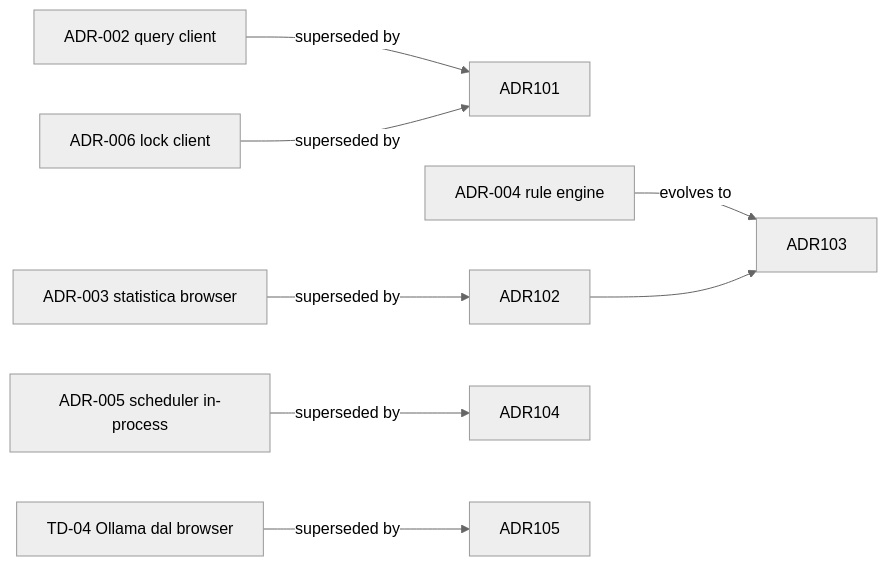
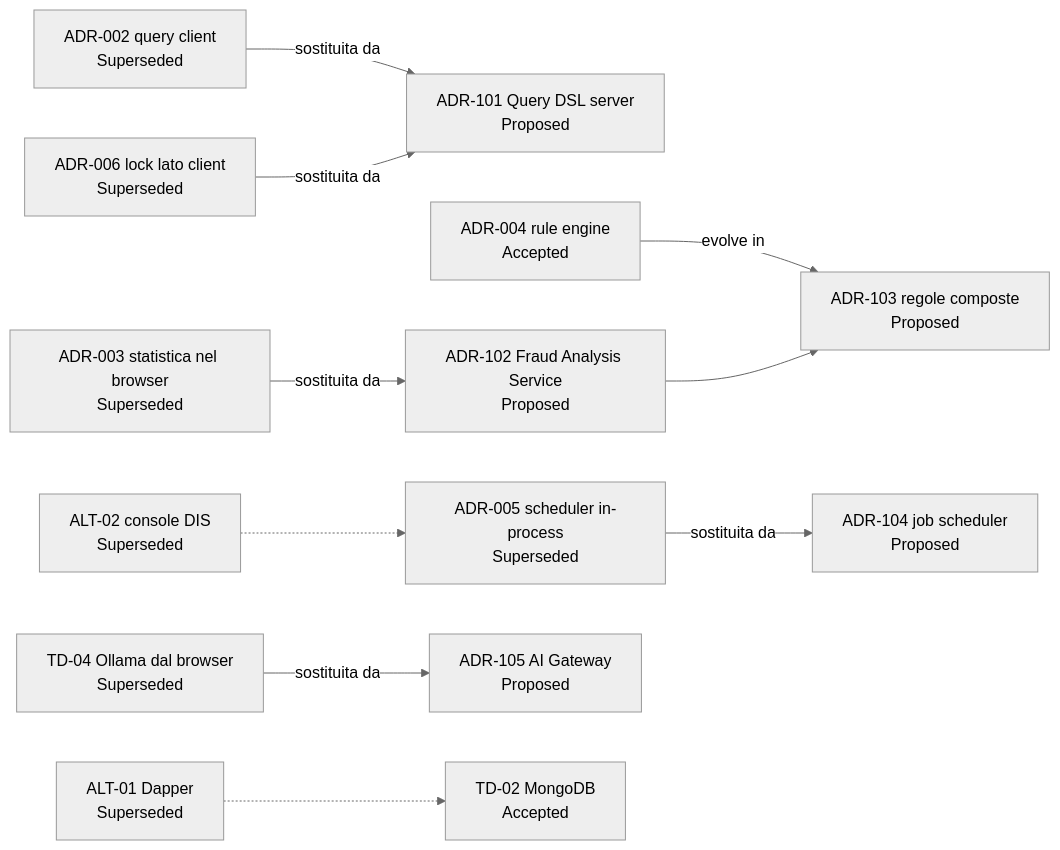
The diagram in customspa-it-loss-prevention-d098a8b97860/Docs/13_decision_log.md (saristot/LOSS_PREVENTION), drawn with Mermaid (neutral theme) before and after one commit. The commit also changed other lines of this file and 23 other files, not shown here.

````diff
--- a/customspa-it-loss-prevention-d098a8b97860/Docs/13_decision_log.md
+++ b/customspa-it-loss-prevention-d098a8b97860/Docs/13_decision_log.md
@@ -105,10 +167,12 @@
 ```mermaid
 flowchart LR
-  ADR002[ADR-002 query client] -->|superseded by| ADR101
-  ADR006[ADR-006 lock client] -->|superseded by| ADR101
-  ADR003[ADR-003 statistica browser] -->|superseded by| ADR102
-  ADR004[ADR-004 rule engine] -->|evolves to| ADR103
-  ADR005[ADR-005 scheduler in-process] -->|superseded by| ADR104
-  TD04[TD-04 Ollama dal browser] -->|superseded by| ADR105
+  ADR002["ADR-002 query client<br/>Superseded"] -->|"sostituita da"| ADR101["ADR-101 Query DSL server<br/>Proposed"]
+  ADR006["ADR-006 lock lato client<br/>Superseded"] -->|"sostituita da"| ADR101
+  ADR003["ADR-003 statistica nel browser<br/>Superseded"] -->|"sostituita da"| ADR102["ADR-102 Fraud Analysis Service<br/>Proposed"]
+  ADR004["ADR-004 rule engine<br/>Accepted"] -->|"evolve in"| ADR103["ADR-103 regole composte<br/>Proposed"]
+  ADR005["ADR-005 scheduler in-process<br/>Superseded"] -->|"sostituita da"| ADR104["ADR-104 job scheduler<br/>Proposed"]
+  TD04["TD-04 Ollama dal browser<br/>Superseded"] -->|"sostituita da"| ADR105["ADR-105 AI Gateway<br/>Proposed"]
   ADR102 --> ADR103
+  ALT01["ALT-01 Dapper<br/>Superseded"] -.-> TD02["TD-02 MongoDB<br/>Accepted"]
+  ALT02["ALT-02 console DIS<br/>Superseded"] -.-> ADR005
 ```
````
